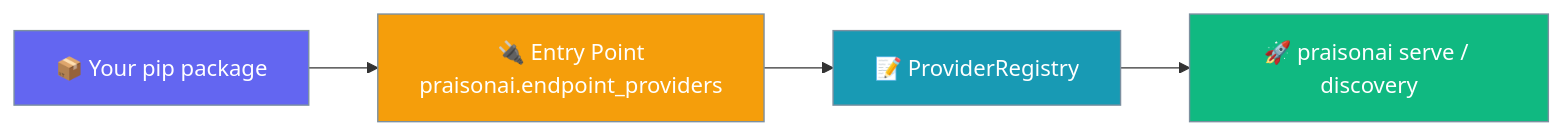
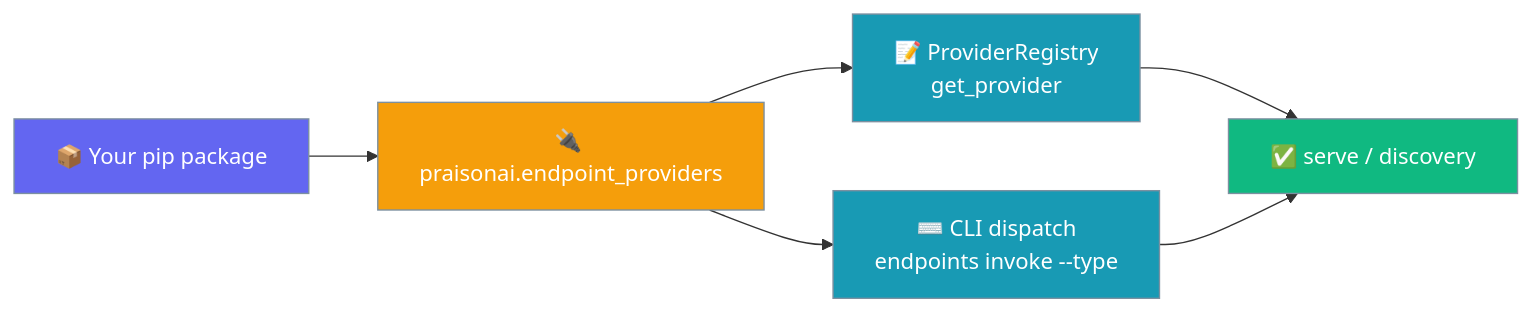
Before and after one commit to MervinPraison/PraisonAIDocs: the first of 4 diagrams in docs/features/endpoint-provider-registry.mdx, drawn with Mermaid. The commit also changed other lines of this file and 2 other files, not shown here.

Commit message:
docs: reconcile endpoint provider registry to single entry-point group (fixes #3152)

````diff
--- a/docs/features/endpoint-provider-registry.mdx
+++ b/docs/features/endpoint-provider-registry.mdx
@@ -31,17 +37,18 @@
 ```mermaid
 graph LR
-    A[📦 Your pip package] --> B[🔌 Entry Point\npraisonai.endpoint_providers]
-    B --> C[📝 ProviderRegistry]
-    C --> D[🚀 praisonai serve / discovery]
+    A[📦 Your pip package] --> B[🔌 praisonai.endpoint_providers]
+    B --> C[📝 ProviderRegistry<br/>get_provider]
+    B --> D[⌨️ CLI dispatch<br/>endpoints invoke --type]
+    C --> E[✅ serve / discovery]
+    D --> E
 
     classDef package fill:#6366F1,stroke:#7C90A0,color:#fff
     classDef entrypoint fill:#F59E0B,stroke:#7C90A0,color:#fff
     classDef registry fill:#189AB4,stroke:#7C90A0,color:#fff
-    classDef serve fill:#10B981,stroke:#7C90A0,color:#fff
+    classDef done fill:#10B981,stroke:#7C90A0,color:#fff
 
     class A package
     class B entrypoint
-    class C registry
-    class D serve
-
+    class C,D registry
+    class E done
 ```
````
